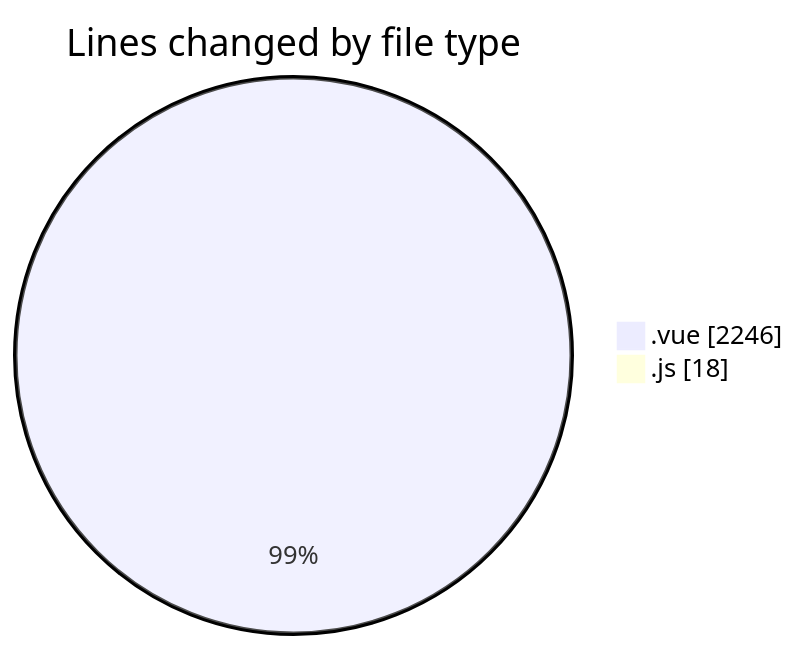
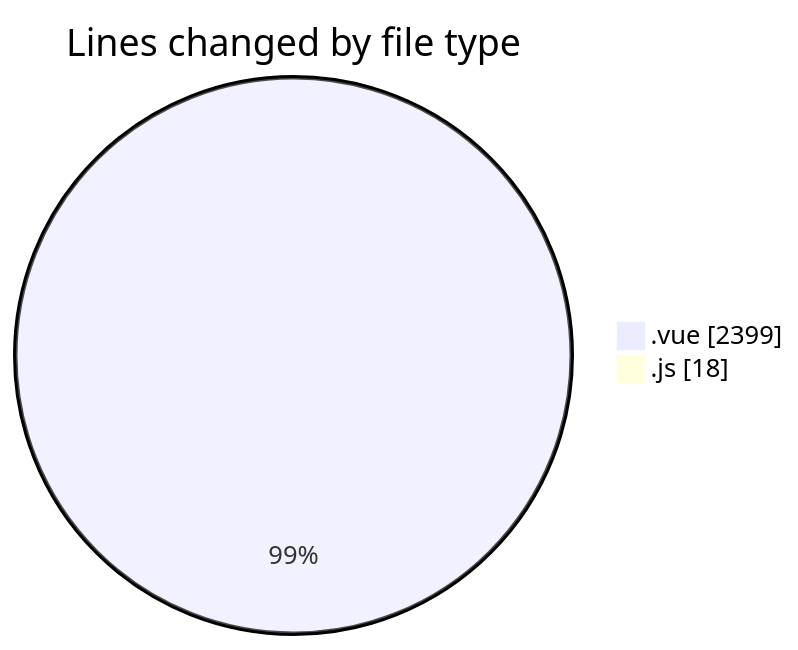
Before and after one commit to lephambinh05/code-tracking: the first of 2 diagrams in 2025-08-13/rentotp/README.md, drawn with Mermaid. The commit also changed other lines of this file and 1 other file, not shown here.

````diff
--- a/2025-08-13/rentotp/README.md
+++ b/2025-08-13/rentotp/README.md
@@ -28,6 +28,6 @@
 ```mermaid
 pie showData
 title Lines changed by file type
-".vue" : 2246
+".vue" : 2399
 ".js" : 18
 ```
````
